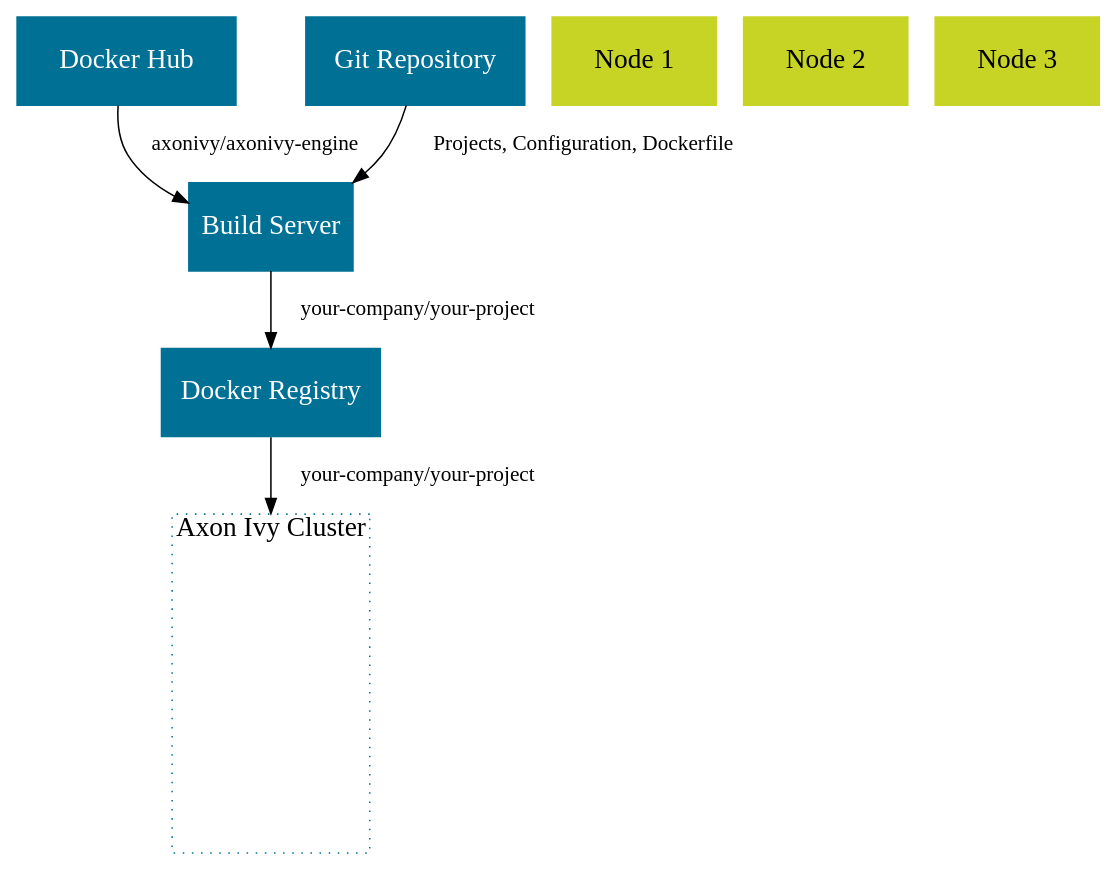
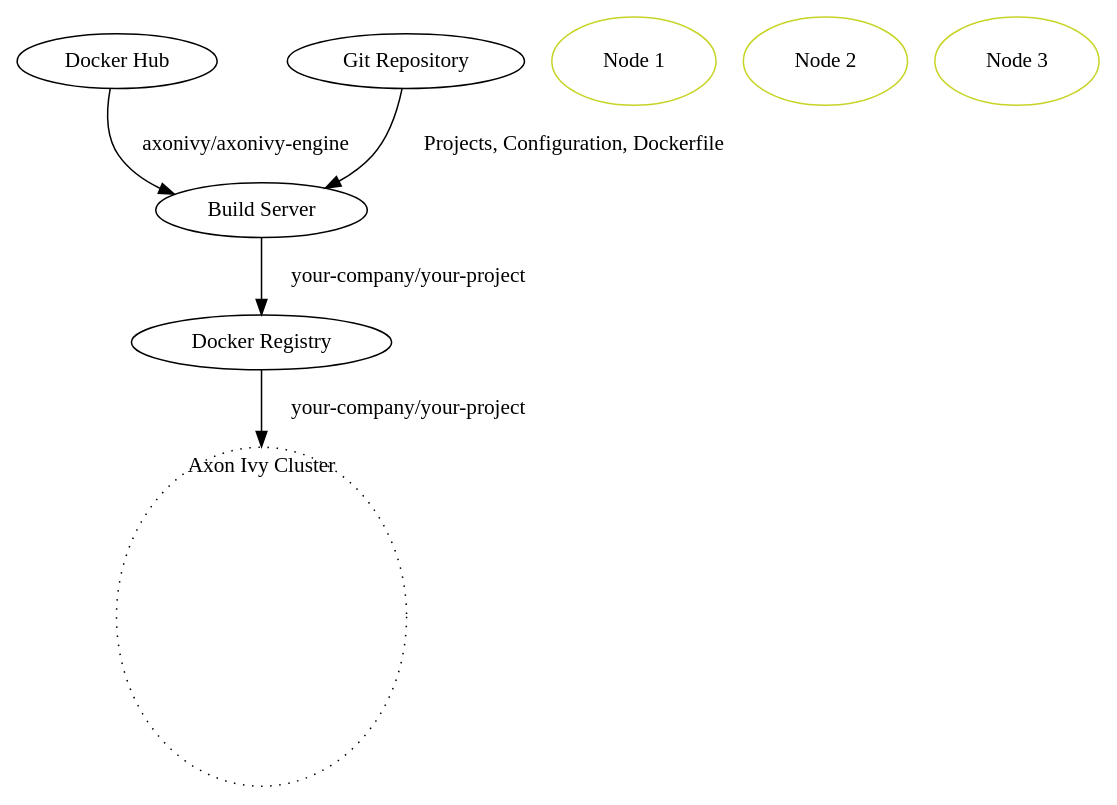
One commit to bernhardAxonIvy/doc changed the diagram in source/engine-guide/integration/cluster/container.dot. Above: the diagram before and after it, drawn with Graphviz. The commit also changed 10 other files, not shown here.

Commit message:
Move gneric graphizv definitions to build container

```diff
--- a/source/engine-guide/integration/cluster/container.dot
+++ b/source/engine-guide/integration/cluster/container.dot
@@ -1,30 +1,20 @@
 
 digraph overview {
-  node [
-    shape=box, 
-    style=filled,
-    margin=0 width=2 height=0.8
-    fontcolor="white",    
-    color="#007095",
-    fixedsize=true,
-    fontsize=18
-  ];
+  dockerhub [ label="Docker Hub", pos = "5,7.5!"];
 
-  dockerhub [ label="Docker Hub", pos = "5,7.5!", width="2"];
+  git [ label="Git Repository", pos = "0,7.5!"];
 
-  git [ label="Git Repository", pos = "0,7.5!" width="2" ];
+  build [ label="Build Server", pos = "2.5,5!" width="1.5"];
 
-  build [ label="Build Server", pos = "2.5,5!" width="1.5" ];
-
-  dockerregistry [ label="Docker Registry", pos = "2.5,2.5!" width="2" ];   
+  dockerregistry [ label="Docker Registry", pos = "2.5,2.5!"];
   
   cluster [ label="Axon Ivy Cluster",pos = "8,2.5!" width=1.8 height=3.1 style="dotted" fontcolor="black" labelloc="t"];
   engine1 [label="Node 1", pos="8,3.2!", height="0.8", width="1.5", color="#C7D426", fontcolor="black"];
   engine2 [label="Node 2", pos="8,2.3!", height="0.8", width="1.5", color="#C7D426", fontcolor="black"];  
   engine3 [label="Node 3", pos="8,1.4!", height="0.8", width="1.5", color="#C7D426", fontcolor="black"];
   
   dockerhub -> build [ label="axonivy/axonivy-engine"];
   git -> build [ label="Projects, Configuration, Dockerfile" ];
   build -> dockerregistry [ label="your-company/your-project" ]; 
   dockerregistry -> cluster [ label="your-company/your-project" ];
 }
```
